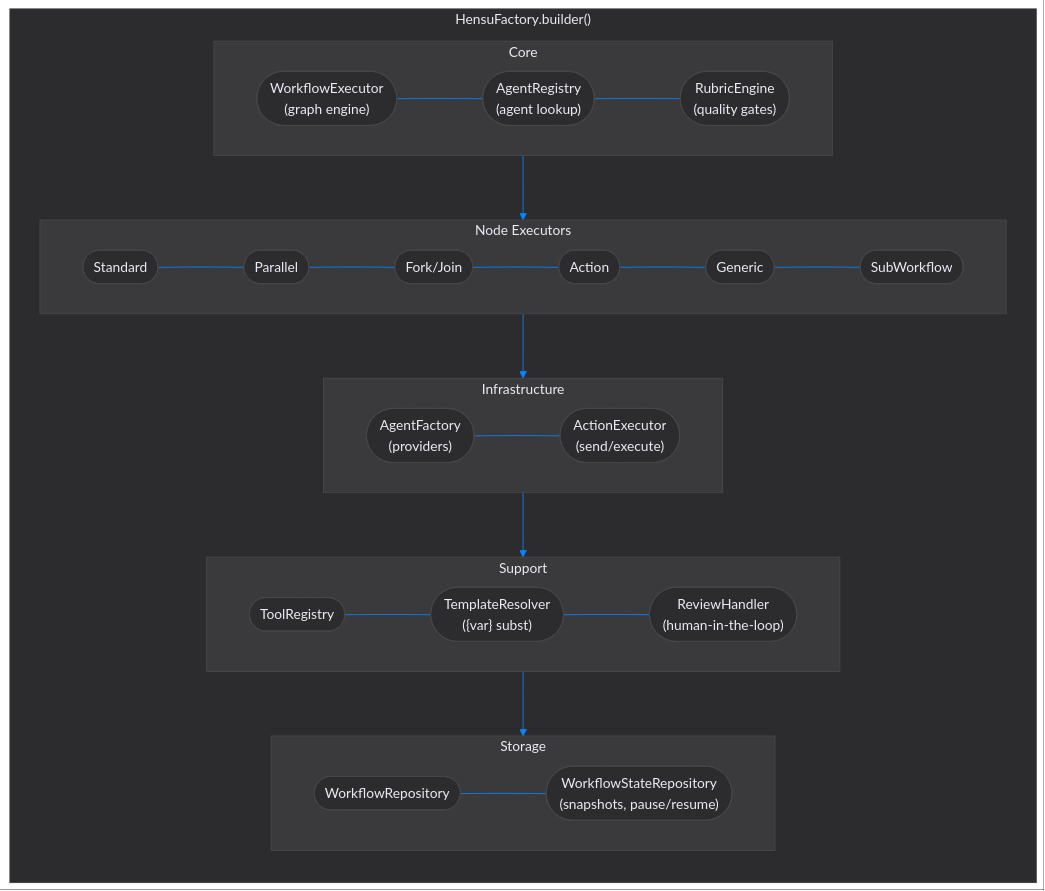
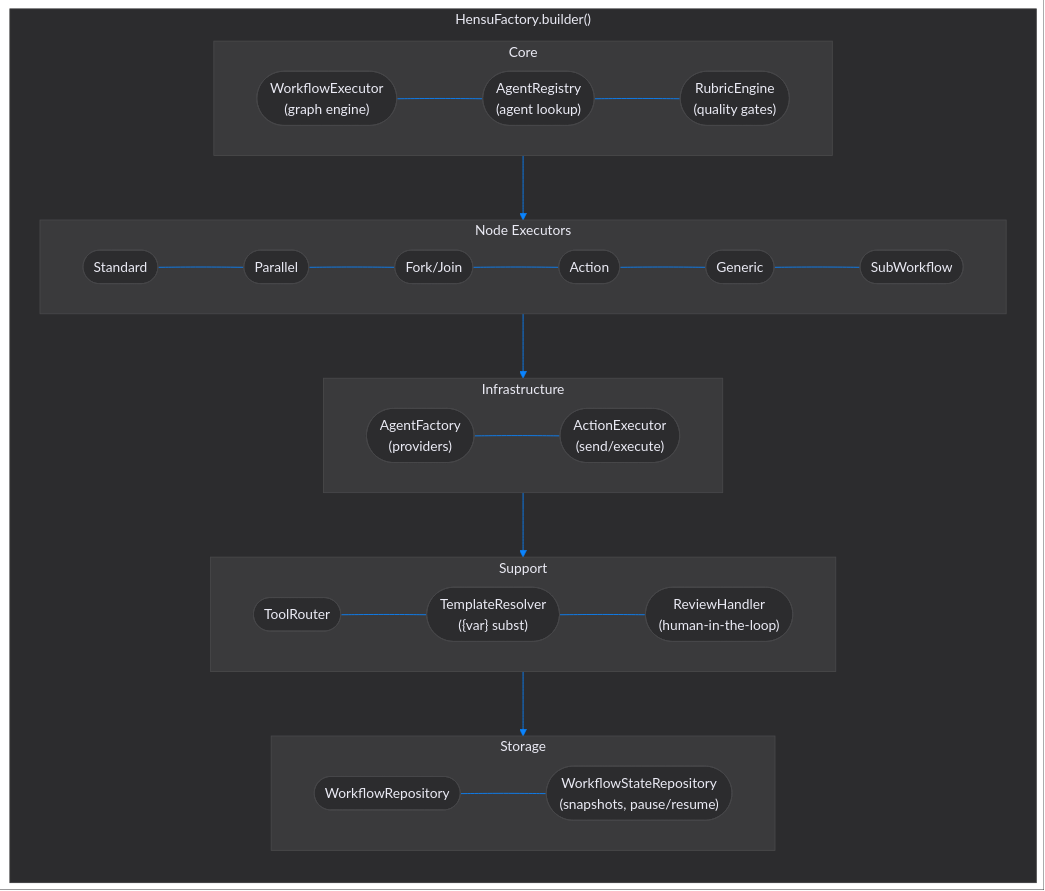
Before and after one commit to hensu-project/hensu: the first of 2 diagrams in hensu-core/README.md, drawn with Mermaid. The commit also changed other lines of this file and 50 other files, not shown here.

````diff
--- a/hensu-core/README.md
+++ b/hensu-core/README.md
@@ -25,53 +25,53 @@
 ```mermaid
 flowchart TD
     subgraph factory["HensuFactory.builder()"]
         direction TB
         subgraph top["Core"]
             direction LR
             we(["WorkflowExecutor\n(graph engine)"]) ~~~ ar(["AgentRegistry\n(agent lookup)"]) ~~~ re(["RubricEngine\n(quality gates)"])
         end
         subgraph nodes["Node Executors"]
             direction LR
             std(["Standard"]) ~~~ par(["Parallel"]) ~~~ fj(["Fork/Join"]) ~~~ act(["Action"]) ~~~ gen(["Generic"]) ~~~ sub(["SubWorkflow"])
         end
         subgraph mid["Infrastructure"]
             direction LR
             af(["AgentFactory\n(providers)"]) ~~~ ae(["ActionExecutor\n(send/execute)"])
         end
         subgraph support["Support"]
             direction LR
-            tr(["ToolRegistry"]) ~~~ tmpl(["TemplateResolver\n({var} subst)"]) ~~~ rh(["ReviewHandler\n(human-in-the-loop)"])
+            tr(["ToolRouter"]) ~~~ tmpl(["TemplateResolver\n({var} subst)"]) ~~~ rh(["ReviewHandler\n(human-in-the-loop)"])
         end
         subgraph storage["Storage"]
             direction LR
             wr(["WorkflowRepository"]) ~~~ wsr(["WorkflowStateRepository\n(snapshots, pause/resume)"])
         end
         top --> nodes --> mid --> support --> storage
     end
 
     style factory fill:#2c2c2e, stroke:#3a3a3c, color:#ebebf5, stroke-width:1px
     style top fill:#3a3a3c, stroke:#48484a, color:#ebebf5, stroke-width:1px
     style nodes fill:#3a3a3c, stroke:#48484a, color:#ebebf5, stroke-width:1px
     style mid fill:#3a3a3c, stroke:#48484a, color:#ebebf5, stroke-width:1px
     style support fill:#3a3a3c, stroke:#48484a, color:#ebebf5, stroke-width:1px
     style storage fill:#3a3a3c, stroke:#48484a, color:#ebebf5, stroke-width:1px
 
     style we fill:#2c2c2e, stroke:#48484a, color:#ebebf5, stroke-width:1px
     style ar fill:#2c2c2e, stroke:#48484a, color:#ebebf5, stroke-width:1px
     style re fill:#2c2c2e, stroke:#48484a, color:#ebebf5, stroke-width:1px
     style std fill:#2c2c2e, stroke:#48484a, color:#ebebf5, stroke-width:1px
     style par fill:#2c2c2e, stroke:#48484a, color:#ebebf5, stroke-width:1px
     style fj fill:#2c2c2e, stroke:#48484a, color:#ebebf5, stroke-width:1px
     style act fill:#2c2c2e, stroke:#48484a, color:#ebebf5, stroke-width:1px
     style gen fill:#2c2c2e, stroke:#48484a, color:#ebebf5, stroke-width:1px
     style sub fill:#2c2c2e, stroke:#48484a, color:#ebebf5, stroke-width:1px
     style af fill:#2c2c2e, stroke:#48484a, color:#ebebf5, stroke-width:1px
     style ae fill:#2c2c2e, stroke:#48484a, color:#ebebf5, stroke-width:1px
     style tr fill:#2c2c2e, stroke:#48484a, color:#ebebf5, stroke-width:1px
     style tmpl fill:#2c2c2e, stroke:#48484a, color:#ebebf5, stroke-width:1px
     style rh fill:#2c2c2e, stroke:#48484a, color:#ebebf5, stroke-width:1px
     style wr fill:#2c2c2e, stroke:#48484a, color:#ebebf5, stroke-width:1px
     style wsr fill:#2c2c2e, stroke:#48484a, color:#ebebf5, stroke-width:1px
 
     linkStyle default stroke:#0A84FF, stroke-width:1px
 ```
````
